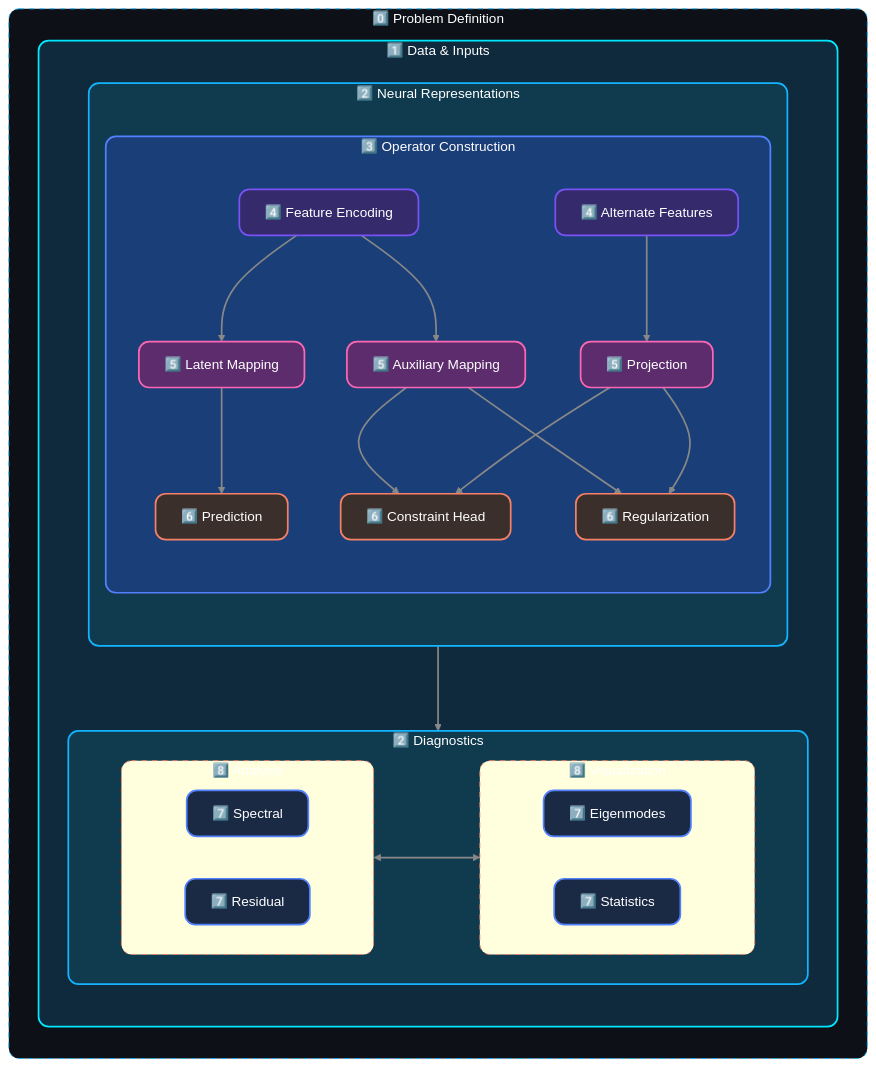
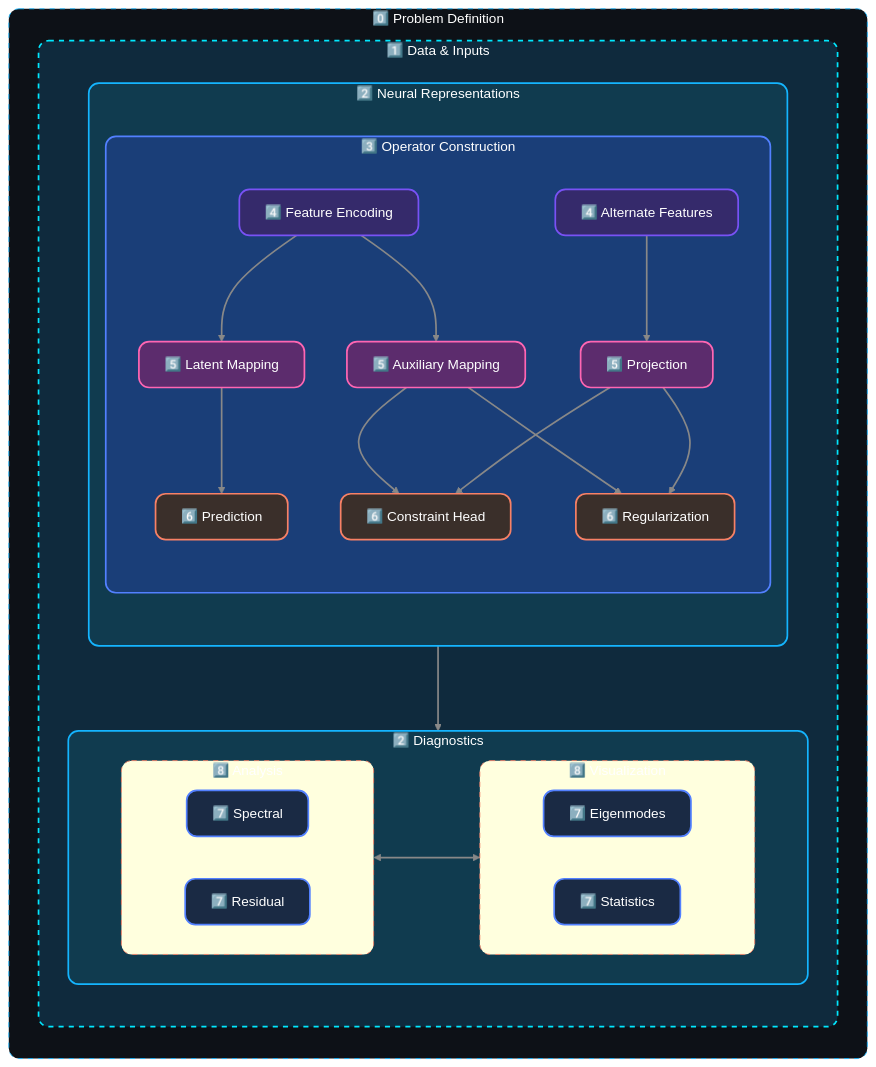
The diagram in assets/mermaid-diagrams/eigenscribe-theme_gradient.mmd (Scriber-Labs/lf-pinn-inverse-schrodinger), drawn with Mermaid before and after one commit. The commit also changed 1 other file, not shown here.

Commit message:
spent the better part of the day choosing  colors to make the mermaid diagrams have a pseudogradient. all the code is in the './assets/mermaid-diagrams/' folder

```diff
--- a/assets/mermaid-diagrams/eigenscribe-theme_gradient.mmd
+++ b/assets/mermaid-diagrams/eigenscribe-theme_gradient.mmd
@@ -1,120 +1,118 @@
 %%====================================================================
-%%  ✨ SCRIBER EXPERIENCE GRADIENT (Cyan → Cobalt → Purple → Orange)
+%%  🩵💙💜🩷🧡 SCRIBER EXPERIENCE GRADIENT (Cyan → Cobalt → Purple → Orange)
 %%====================================================================
 %%{ init: {
  "theme":"base",
  "themeVariables": {
   "background":"#0d1117",
   "primaryColor":"#161b22",
   "lineColor":"#14b5ff",
   "textColor":"#ffffff",
   "fontFamily":"'Aclonica','Merriweather',serif"
  },
  "handDrawn":false
 }}%%
 %%====================================================================
 
 flowchart LR
 
 %%--------------------------------------------------------------
 %%  SCRIBER GRADIENT RAMP
 %%--------------------------------------------------------------
-
 classDef scriber_grad0 fill:#0d1117,stroke:#14b5ff,stroke-dasharray:6 6,color:#ffffff,rx:12,ry:12;
-classDef scriber_grad1 fill:#0f2a3d,stroke:#00e8ff,stroke-width:2px,color:#ffffff,rx:12,ry:12;
+classDef scriber_grad1 fill:#0f2a3d,stroke:#00e8ff,stroke-width:2px,stroke-dasharray:6 6,color:#ffffff,rx:12,ry:12;
 classDef scriber_grad2 fill:#103b4f,stroke:#14b5ff,stroke-width:2px,color:#ffffff,rx:12,ry:12;
 classDef scriber_grad3 fill:#1a3e78,stroke:#5280ff,stroke-width:2px,color:#ffffff,rx:12,ry:12;
 classDef scriber_grad4 fill:#352a6b,stroke:#7952f5,stroke-width:2px,color:#ffffff,rx:12,ry:12;
 classDef scriber_grad5 fill:#5c2c6d,stroke:#ff66b3,stroke-width:2px,color:#ffffff,rx:12,ry:12;
 classDef scriber_grad6 fill:#3a2f2a,stroke:#f78166,stroke-width:2px,color:#ffffff,rx:12,ry:12;
-
 classDef scriber_grad7 fill:#1a2a44,stroke:#5280ff,stroke-width:2px,color:#ffffff,rx:12,ry:12;
 classDef scriber_grad8 stroke:#f78166,stroke-dasharray:6 6,color:#ffffff,rx:12,ry:12;
 
 %%￼–￼￼–￼￼–￼￼–￼￼–￼￼–￼￼–￼￼–￼￼–￼￼–￼￼–￼￼–￼￼–￼￼–￼￼–￼￼–￼￼–￼￼–￼￼–￼￼–￼￼–￼￼–￼￼–￼￼–￼￼–￼￼–￼￼–￼￼–￼￼–￼￼–￼￼–￼
 %%  LIGHT‑GRAY ARROW STYLE (so arrows stay subtle)
 %%￼–￼￼–￼￼–￼￼–￼￼–￼￼–￼￼–￼￼–￼￼–￼￼–￼￼–￼￼–￼￼–￼￼–￼￼–￼￼–￼￼–￼￼–￼￼–￼￼–￼￼–￼￼–￼￼–￼￼–￼￼–￼￼–￼￼–￼￼–￼￼–￼￼–￼￼–￼
 linkStyle default stroke:#888,stroke-width:2px
 
 %%--------------------------------------------------------------
 %% CORE PIPELINE
 %%--------------------------------------------------------------
 
 subgraph scriber_0["0️⃣ Problem Definition"]
 direction TB
 
     subgraph scriber_1A["1️⃣ Data & Inputs"]
     direction TB
 
         subgraph scriber_2A["2️⃣ Neural Representations"]
         direction TB
 
             subgraph scriber_3AA["3️⃣ Operator Construction"]
             direction TB
 
                 scriber_4AB["4️⃣ Feature Encoding"]
                     --> scriber_5A["5️⃣ Latent Mapping"]
                     --> scriber_A["6️⃣ Prediction"]
 
                 scriber_4AB --> scriber_5B["5️⃣ Auxiliary Mapping"]
                     --> scriber_6B["6️⃣ Constraint Head"]
 
                 scriber_5B --> scriber_6C["6️⃣ Regularization"]
 
                 scriber_5C --> scriber_6B
 
                 scriber_4C["4️⃣ Alternate Features"]
                     --> scriber_5C["5️⃣ Projection"]
                     --> scriber_6C
 
             end
         end
 
         subgraph scriber_2B["2️⃣ Diagnostics"]
         direction LR
 
             subgraph scriber_8AB["8️⃣ Analysis"]
             direction LR
                 scriber_7AA1["7️⃣ Spectral"]
                 scriber_7AA2["7️⃣ Residual"]
             end
 
             subgraph scriber_8BB["8️⃣ Visualization"]
             direction LR
                 scriber_7AB1["7️⃣ Eigenmodes"]
                 scriber_7AB2["7️⃣ Statistics"]
             end
 
             scriber_8AB <--> scriber_8BB
 
         end
 
         scriber_2A --> scriber_2B
 
     end
 end
 
 
 %%--------------------------------------------------------------
 %% APPLY GRADIENT
 %%--------------------------------------------------------------
 
 scriber_0:::scriber_grad0
 scriber_1A:::scriber_grad1
 scriber_2A:::scriber_grad2
 scriber_2B:::scriber_grad2
 scriber_3AA:::scriber_grad3
 scriber_4AB:::scriber_grad4
 scriber_4C:::scriber_grad4
 scriber_5A:::scriber_grad5
 scriber_5B:::scriber_grad5
 scriber_5C:::scriber_grad5
 scriber_A:::scriber_grad6
 scriber_6B:::scriber_grad6
 scriber_6C:::scriber_grad6
 scriber_7AA1:::scriber_grad7
 scriber_7AA2:::scriber_grad7
 scriber_7AB1:::scriber_grad7
 scriber_7AB2:::scriber_grad7
 scriber_8AB:::scriber_grad8
 scriber_8BB:::scriber_grad8
```
